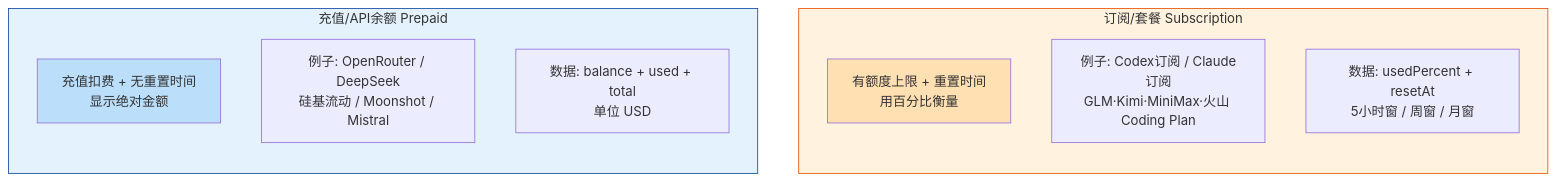
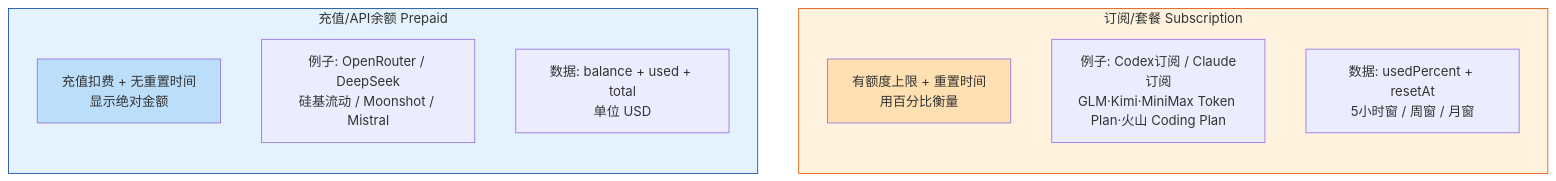
Before and after one commit to dolphin-molt/okit: the diagram in docs/diagrams-src/06-usage-model.mmd, drawn with Mermaid. The commit also changed 11 other files, not shown here.

```diff
--- a/docs/diagrams-src/06-usage-model.mmd
+++ b/docs/diagrams-src/06-usage-model.mmd
@@ -1,19 +1,19 @@
 graph TB
     subgraph sub["订阅/套餐 Subscription"]
         direction TB
         S_desc["有额度上限 + 重置时间<br/>用百分比衡量"]
-        S_eg["例子: Codex订阅 / Claude订阅<br/>GLM·Kimi·MiniMax·火山 Coding Plan"]
+        S_eg["例子: Codex订阅 / Claude订阅<br/>GLM·Kimi·MiniMax Token Plan·火山 Coding Plan"]
         S_data["数据: usedPercent + resetAt<br/>5小时窗 / 周窗 / 月窗"]
     end
 
     subgraph pre["充值/API余额 Prepaid"]
         direction TB
         P_desc["充值扣费 + 无重置时间<br/>显示绝对金额"]
         P_eg["例子: OpenRouter / DeepSeek<br/>硅基流动 / Moonshot / Mistral"]
         P_data["数据: balance + used + total<br/>单位 USD"]
     end
 
     style sub fill:#fff3e0,stroke:#e65100
     style pre fill:#e3f2fd,stroke:#0d47a1
     style S_desc fill:#ffe0b2
     style P_desc fill:#bbdefb
```
